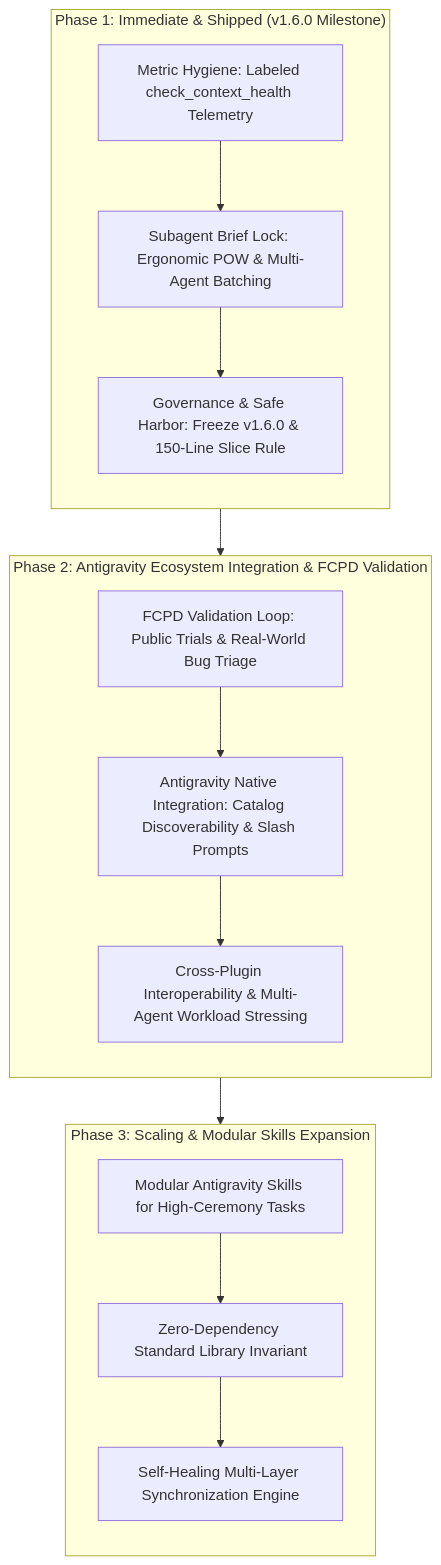
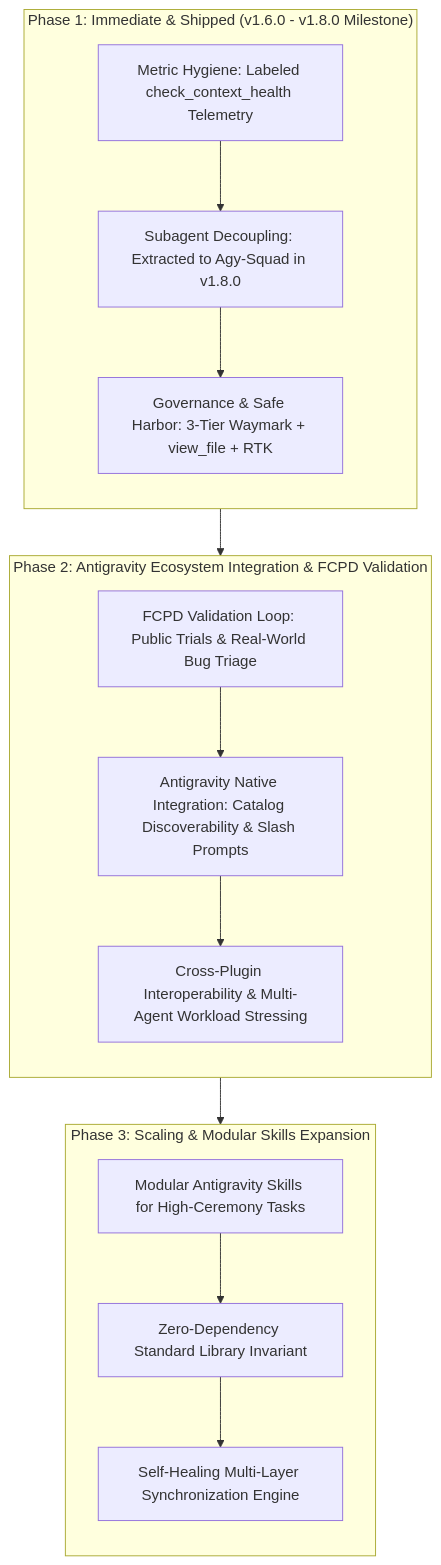
The diagram in docs/roadmap.md (paragon-ux/Agy-Context-Saver), drawn with Mermaid before and after one commit. The commit also changed other lines of this file and 17 other files, not shown here.

````diff
--- a/docs/roadmap.md
+++ b/docs/roadmap.md
@@ -36,28 +36,28 @@
 ```mermaid
 flowchart TD
-    subgraph P1["Phase 1: Immediate & Shipped (v1.6.0 Milestone)"]
+    subgraph P1["Phase 1: Immediate & Shipped (v1.6.0 - v1.8.0 Milestone)"]
         direction TB
         P1_A["Metric Hygiene: Labeled check_context_health Telemetry"]
-        P1_B["Subagent Brief Lock: Ergonomic POW & Multi-Agent Batching"]
-        P1_C["Governance & Safe Harbor: Freeze v1.6.0 & 150-Line Slice Rule"]
+        P1_B["Subagent Decoupling: Extracted to Agy-Squad in v1.8.0"]
+        P1_C["Governance & Safe Harbor: 3-Tier Waymark + view_file + RTK"]
         P1_A --> P1_B --> P1_C
     end
 
     subgraph P2["Phase 2: Antigravity Ecosystem Integration & FCPD Validation"]
         direction TB
         P2_A["FCPD Validation Loop: Public Trials & Real-World Bug Triage"]
         P2_B["Antigravity Native Integration: Catalog Discoverability & Slash Prompts"]
         P2_C["Cross-Plugin Interoperability & Multi-Agent Workload Stressing"]
         P2_A --> P2_B --> P2_C
     end
 
     subgraph P3["Phase 3: Scaling & Modular Skills Expansion"]
         direction TB
         P3_A["Modular Antigravity Skills for High-Ceremony Tasks"]
         P3_B["Zero-Dependency Standard Library Invariant"]
         P3_C["Self-Healing Multi-Layer Synchronization Engine"]
         P3_A --> P3_B --> P3_C
     end
 
     P1 --> P2 --> P3
 ```
````
